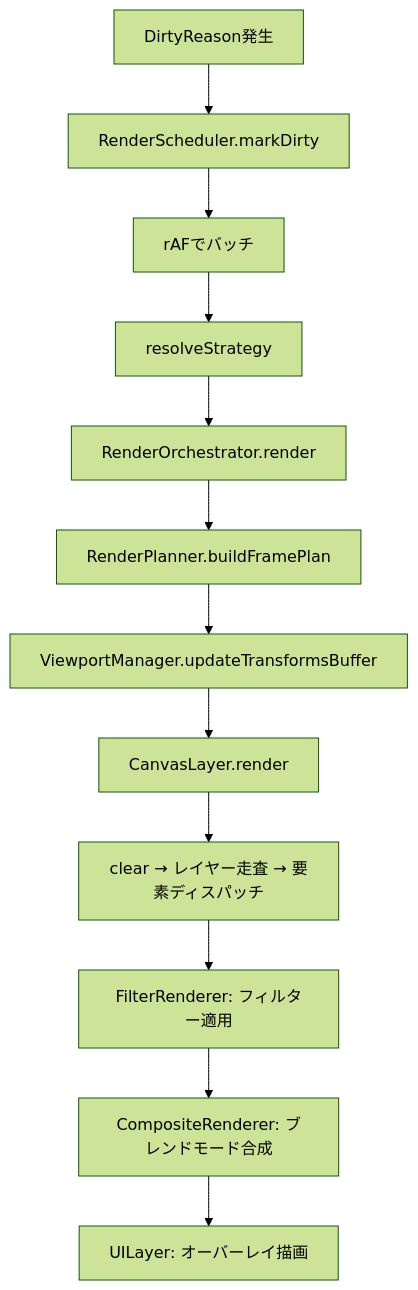
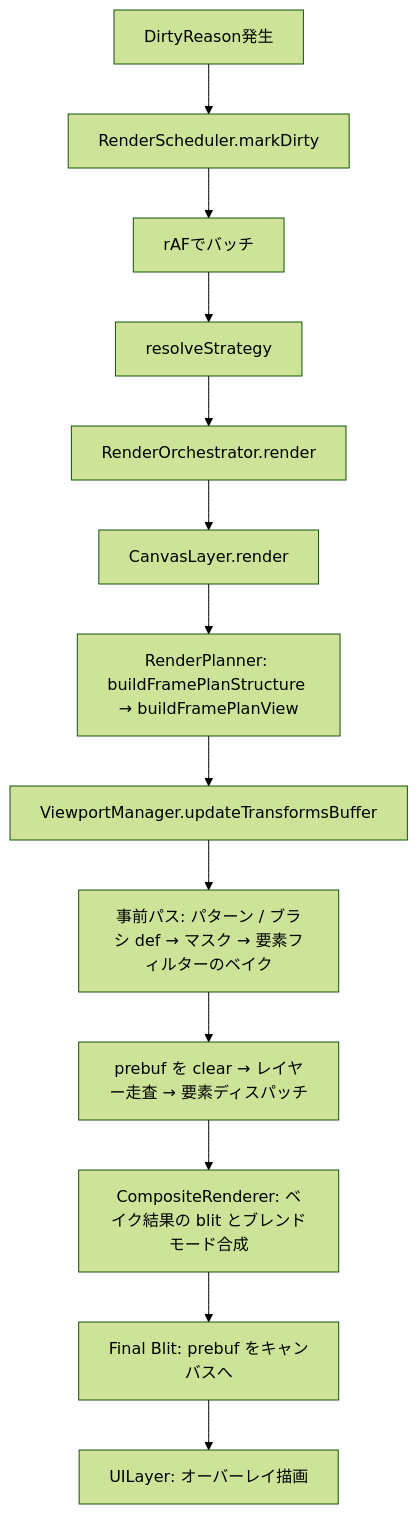
The second of 2 diagrams in pkgs/web/src/app/devdocs/renderer/page.mdx (hanakla/paplico), drawn with Mermaid (forest theme) before and after one commit. The commit also changed other lines of this file and 37 other files, not shown here.

````diff
--- a/pkgs/web/src/app/devdocs/renderer/page.mdx
+++ b/pkgs/web/src/app/devdocs/renderer/page.mdx
@@ -259,14 +261,15 @@
 ```mermaid
 flowchart TB
     A[DirtyReason発生] --> B[RenderScheduler.markDirty]
     B --> C[rAFでバッチ]
     C --> D[resolveStrategy]
     D --> E[RenderOrchestrator.render]
-    E --> F[RenderPlanner.buildFramePlan]
+    E --> H[CanvasLayer.render]
+    H --> F["RenderPlanner: buildFramePlanStructure → buildFramePlanView"]
     F --> G[ViewportManager.updateTransformsBuffer]
-    G --> H[CanvasLayer.render]
-    H --> I["clear → レイヤー走査 → 要素ディスパッチ"]
-    I --> J[FilterRenderer: フィルター適用]
-    J --> K[CompositeRenderer: ブレンドモード合成]
-    K --> L[UILayer: オーバーレイ描画]
+    G --> M["事前パス: パターン / ブラシ def → マスク → 要素フィルターのベイク"]
+    M --> I["prebuf を clear → レイヤー走査 → 要素ディスパッチ"]
+    I --> K["CompositeRenderer: ベイク結果の blit とブレンドモード合成"]
+    K --> N["Final Blit: prebuf をキャンバスへ"]
+    N --> L[UILayer: オーバーレイ描画]
 ```
````
